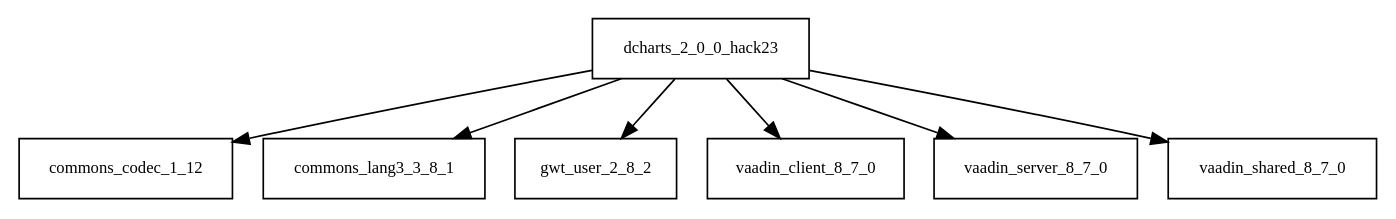
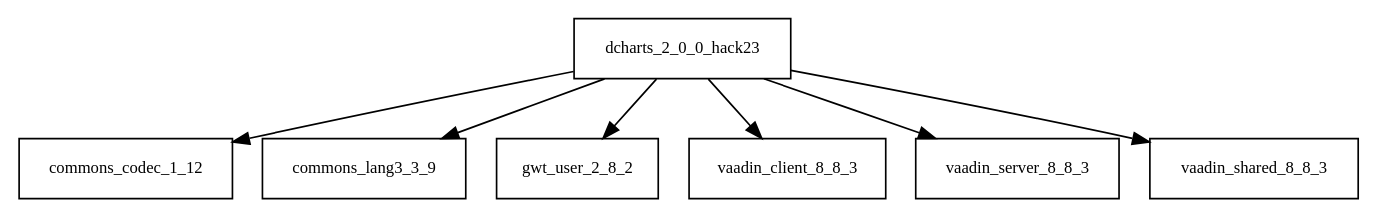
Before and after one commit to Hack23/cia: the diagram in tattleTaleReport/graphviz/dcharts-2.0.0.hack23.jar/dcharts-2.0.0.hack23.jar.dot, drawn with Graphviz. The commit also changed 4049 other files, not shown here.

```diff
--- a/tattleTaleReport/graphviz/dcharts-2.0.0.hack23.jar/dcharts-2.0.0.hack23.jar.dot
+++ b/tattleTaleReport/graphviz/dcharts-2.0.0.hack23.jar/dcharts-2.0.0.hack23.jar.dot
@@ -1,9 +1,9 @@
 digraph dcharts_2_0_0_hack23_dependencies {
   node [shape = box, fontsize=10.0];
   dcharts_2_0_0_hack23 -> commons_codec_1_12;
-  dcharts_2_0_0_hack23 -> commons_lang3_3_8_1;
+  dcharts_2_0_0_hack23 -> commons_lang3_3_9;
   dcharts_2_0_0_hack23 -> gwt_user_2_8_2;
-  dcharts_2_0_0_hack23 -> vaadin_client_8_7_0;
-  dcharts_2_0_0_hack23 -> vaadin_server_8_7_0;
-  dcharts_2_0_0_hack23 -> vaadin_shared_8_7_0;
+  dcharts_2_0_0_hack23 -> vaadin_client_8_8_3;
+  dcharts_2_0_0_hack23 -> vaadin_server_8_8_3;
+  dcharts_2_0_0_hack23 -> vaadin_shared_8_8_3;
 }
```
